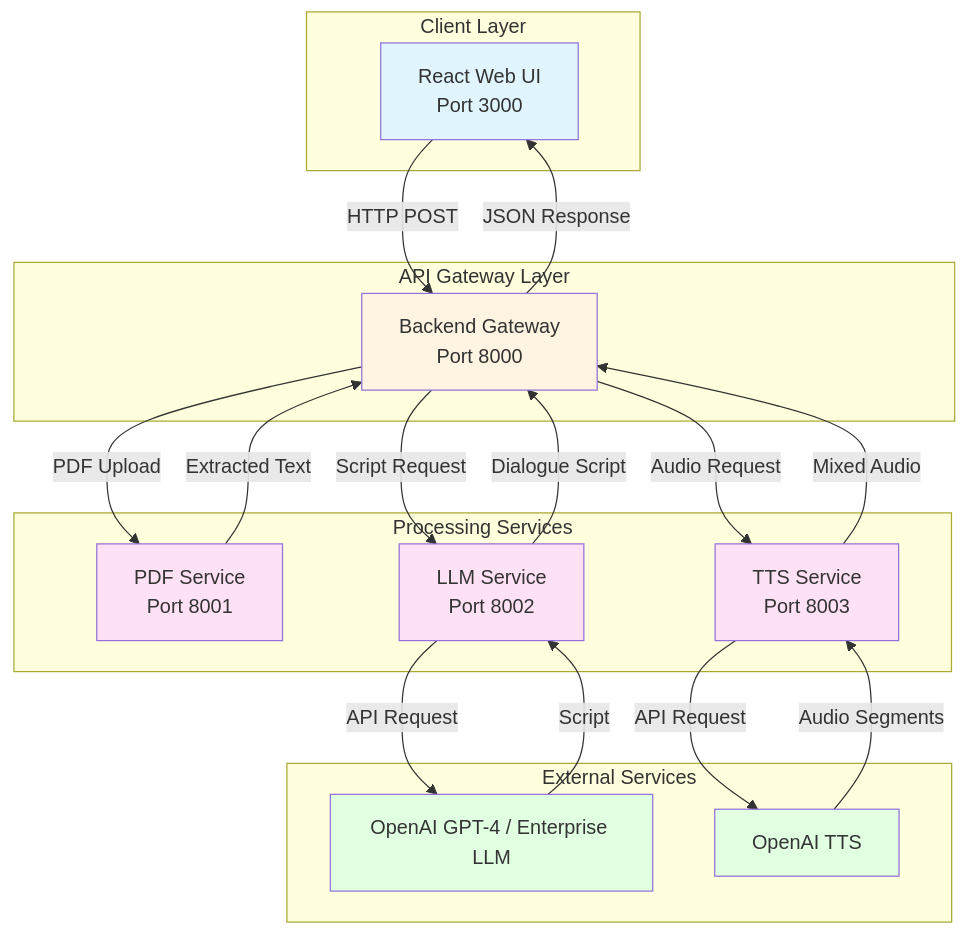
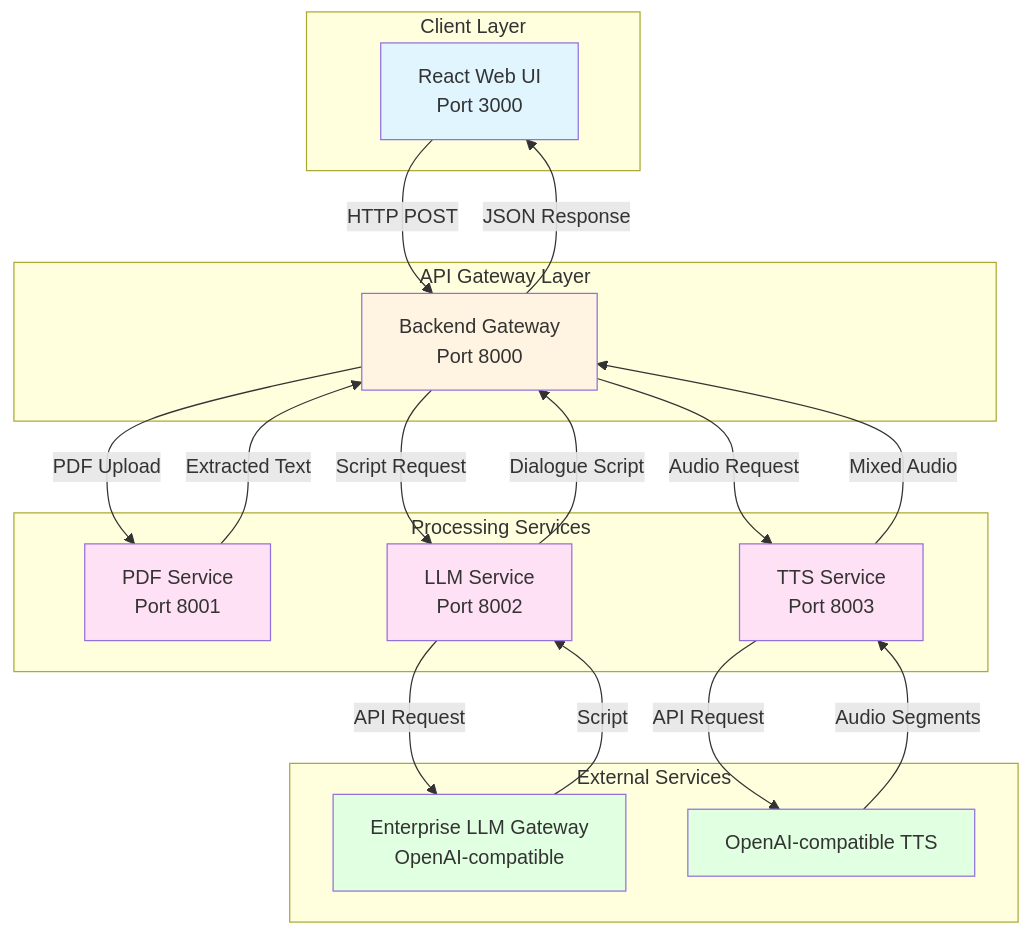
One commit to VPC-DevAdmin/Inference_Blueprints changed the diagram in pdf-podcast/README.md. Above: the diagram before and after it, drawn with Mermaid. The commit also changed other lines of this file, not shown here.

Commit message:
fix: update README to clarify usage of OpenAI-compatible endpoints for LLM and TTS APIs

````diff
--- a/pdf-podcast/README.md
+++ b/pdf-podcast/README.md
@@ -40,42 +40,42 @@
 ```mermaid
 graph TB
     subgraph "Client Layer"
         A[React Web UI<br/>Port 3000]
     end
 
     subgraph "API Gateway Layer"
         B[Backend Gateway<br/>Port 8000]
     end
 
     subgraph "Processing Services"
         C[PDF Service<br/>Port 8001]
         D[LLM Service<br/>Port 8002]
         E[TTS Service<br/>Port 8003]
     end
 
     subgraph "External Services"
-        F[OpenAI GPT-4 / Enterprise LLM]
-        G[OpenAI TTS]
+        F[Enterprise LLM Gateway<br/>OpenAI-compatible]
+        G[OpenAI-compatible TTS]
     end
 
     A -->|HTTP POST| B
     B -->|PDF Upload| C
     B -->|Script Request| D
     B -->|Audio Request| E
     C -->|Extracted Text| B
     D -->|API Request| F
     F -->|Script| D
     D -->|Dialogue Script| B
     E -->|API Request| G
     G -->|Audio Segments| E
     E -->|Mixed Audio| B
     B -->|JSON Response| A
 
     style A fill:#e1f5ff
     style B fill:#fff4e1
     style C fill:#ffe1f5
     style D fill:#ffe1f5
     style E fill:#ffe1f5
     style F fill:#e1ffe1
     style G fill:#e1ffe1
 ```
````
